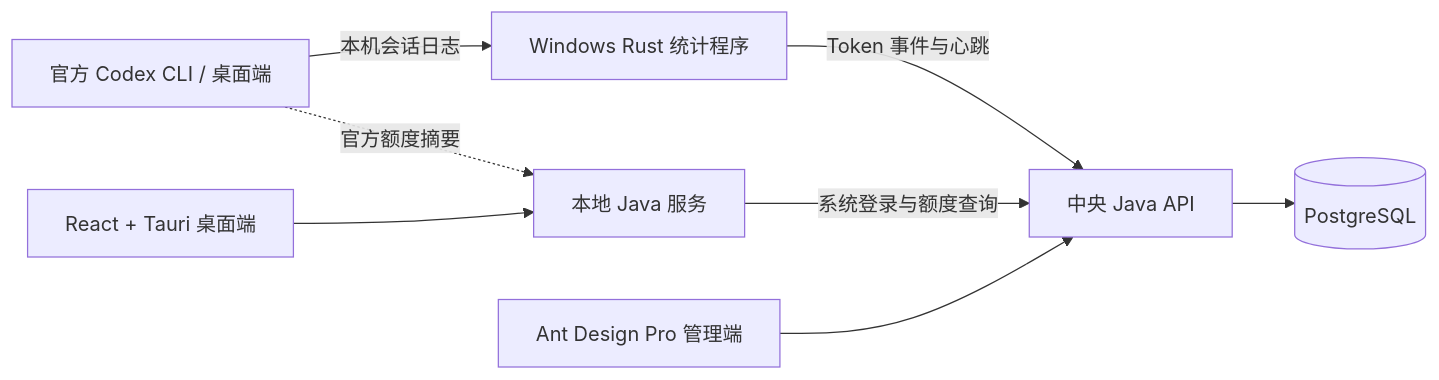
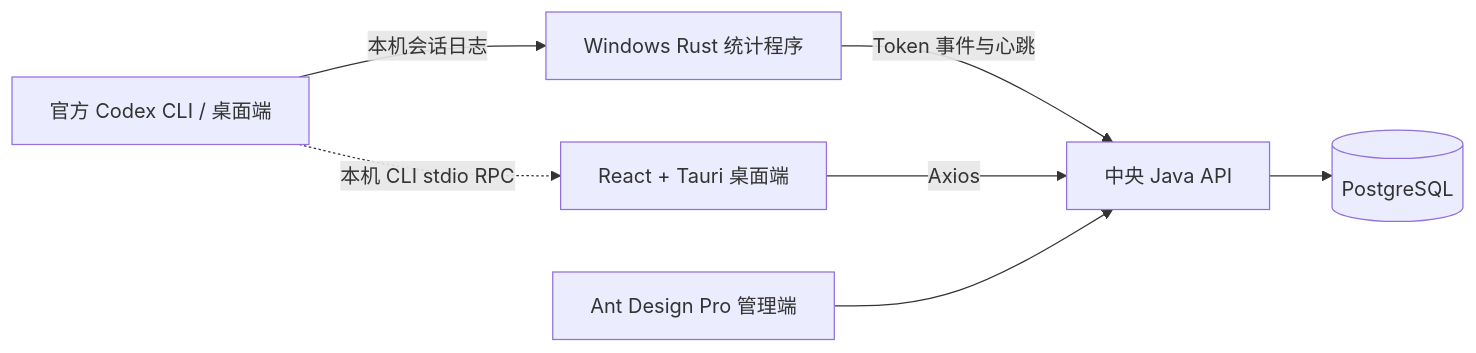
Before and after one commit to 3240665200/Codex-Quota-Guard: the diagram in README.md, drawn with Mermaid. The commit also changed other lines of this file and 161 other files, not shown here.

````diff
--- a/README.md
+++ b/README.md
@@ -141,10 +133,9 @@
 ```mermaid
 flowchart LR
     Codex[官方 Codex CLI / 桌面端] -->|本机会话日志| Meter[Windows Rust 统计程序]
     Meter -->|Token 事件与心跳| API[中央 Java API]
-    Desktop[React + Tauri 桌面端] --> Local[本地 Java 服务]
-    Codex -.->|官方额度摘要| Local
-    Local -->|系统登录与额度查询| API
+    Desktop[React + Tauri 桌面端] -->|Axios| API
+    Codex -.->|本机 CLI stdio RPC| Desktop
     Admin[Ant Design Pro 管理端] --> API
     API --> DB[(PostgreSQL)]
 ```
````
